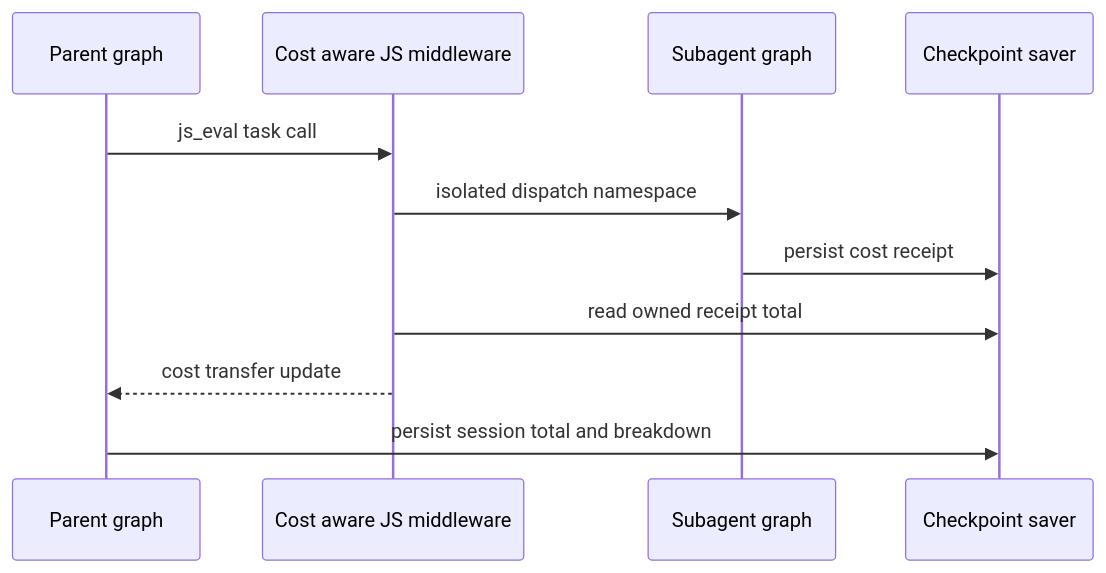
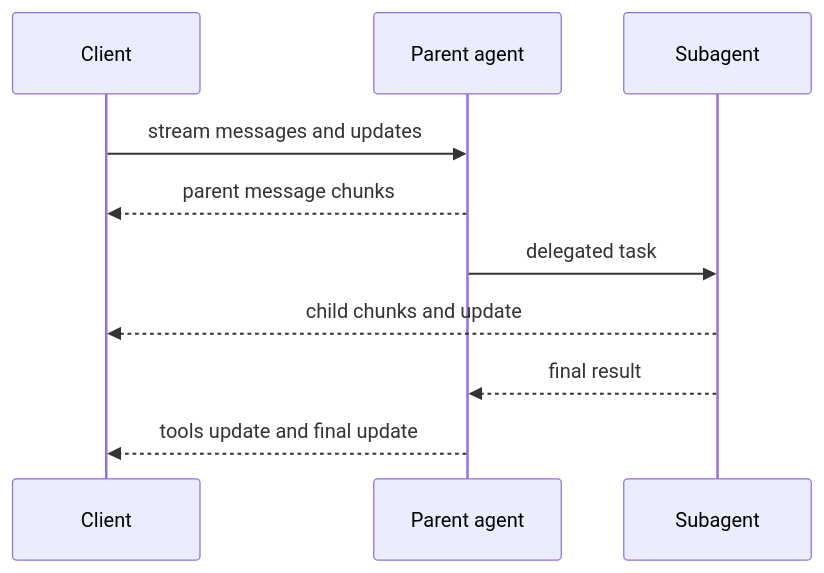
The first of 2 diagrams in openwiki/testing/testing-guide.md (langchain-ai/deepagents), drawn with Mermaid before and after one commit. The commit also changed other lines of this file and 34 other files, not shown here.

````diff
--- a/openwiki/testing/testing-guide.md
+++ b/openwiki/testing/testing-guide.md
@@ -133,13 +100,12 @@
 ```mermaid
 sequenceDiagram
-    participant Parent as Parent graph
-    participant JS as Cost aware JS middleware
-    participant Child as Subagent graph
-    participant Saver as Checkpoint saver
-    Parent->>JS: js_eval task call
-    JS->>Child: isolated dispatch namespace
-    Child->>Saver: persist cost receipt
-    JS->>Saver: read owned receipt total
-    JS-->>Parent: cost transfer update
-    Parent->>Saver: persist session total and breakdown
+    participant Client
+    participant Parent as Parent agent
+    participant Child as Subagent
+    Client->>Parent: stream messages and updates
+    Parent-->>Client: parent message chunks
+    Parent->>Child: delegated task
+    Child-->>Client: child chunks and update
+    Child-->>Parent: final result
+    Parent-->>Client: tools update and final update
 ```
````
